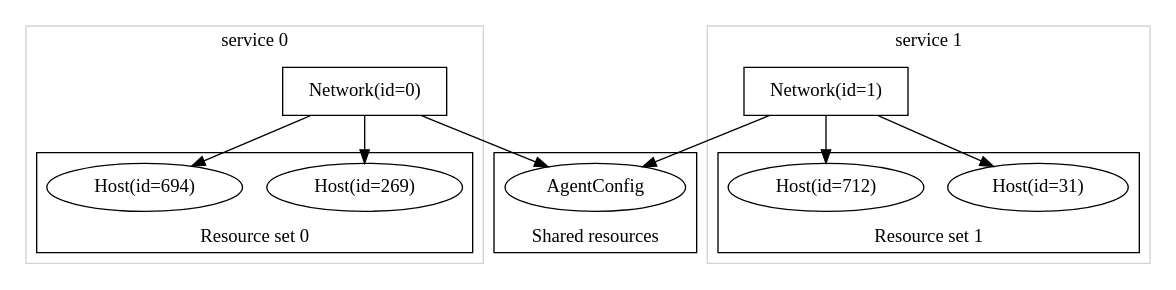
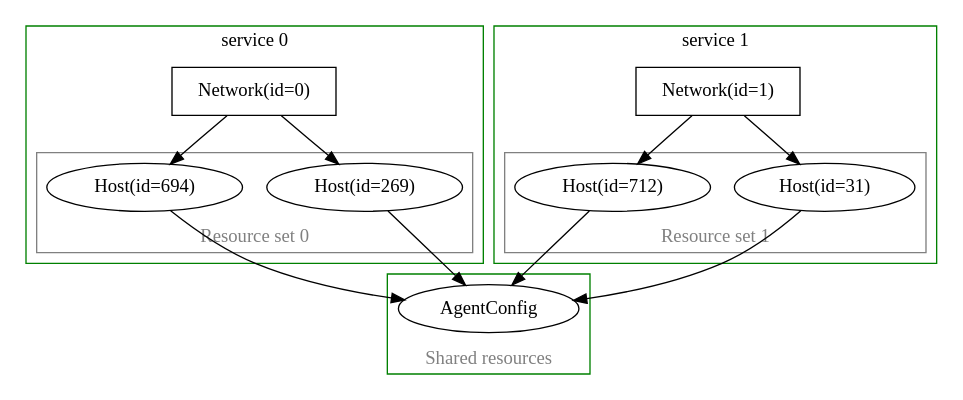
The fifth of 5 diagrams in docs/resource_sets.rst (inmanta/inmanta-core), drawn with Graphviz before and after one commit. The commit also changed other lines of this file, not shown here.

```diff
--- a/docs/resource_sets.rst
+++ b/docs/resource_sets.rst
@@ -347,35 +375,42 @@
 .. digraph:: resource_sets_example_allocation
     :caption: Two valid services with their resource sets, using allocation
 
     subgraph cluster_shared {
         AgentConfig;
+        color = "green";
+        fontcolor = "grey";
         label = "Shared resources";
         labelloc = "bottom";
     }
 
     subgraph cluster_service0 {
         "Network(id=0)" [shape=rectangle];
         "Network(id=0)" -> subgraph cluster_resources0 {
             "Host(id=269)";
             "Host(id=694)";
+            color = "grey";
+            fontcolor = "grey";
             label = "Resource set 0";
             labelloc = "bottom";
         }
-        "Network(id=0)" -> AgentConfig;
-        color = "lightgrey";
+        color = "green";
         label = "service 0";
         labelloc = "top";
     }
     subgraph cluster_service1 {
         "Network(id=1)" [shape=rectangle];
         "Network(id=1)" -> subgraph cluster_resources1 {
             "Host(id=31)";
             "Host(id=712)";
+            color = "grey";
+            fontcolor = "grey";
             label = "Resource set 1";
             labelloc = "bottom";
         }
-        "Network(id=1)" -> AgentConfig;
-        color = "lightgrey";
+        color = "green";
         label = "service 1";
         labelloc = "top";
     }
+
+    # force rendering on multiple ranks
+    {"Host(id=694)" "Host(id=269)" "Host(id=712)" "Host(id=31)"} -> "AgentConfig";
```
